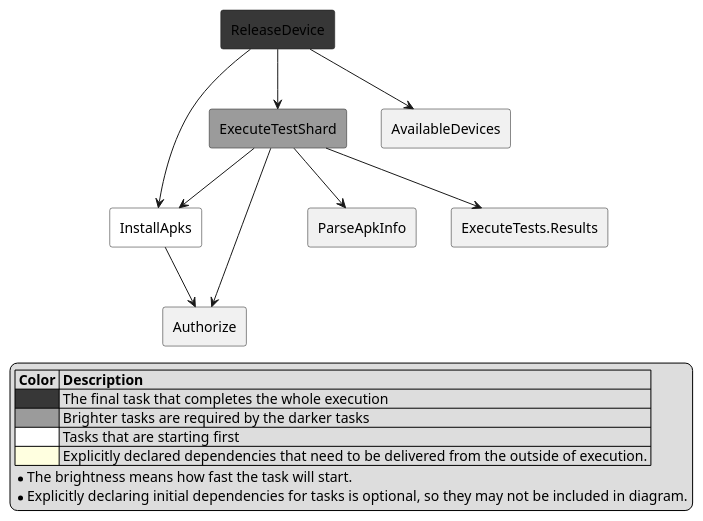
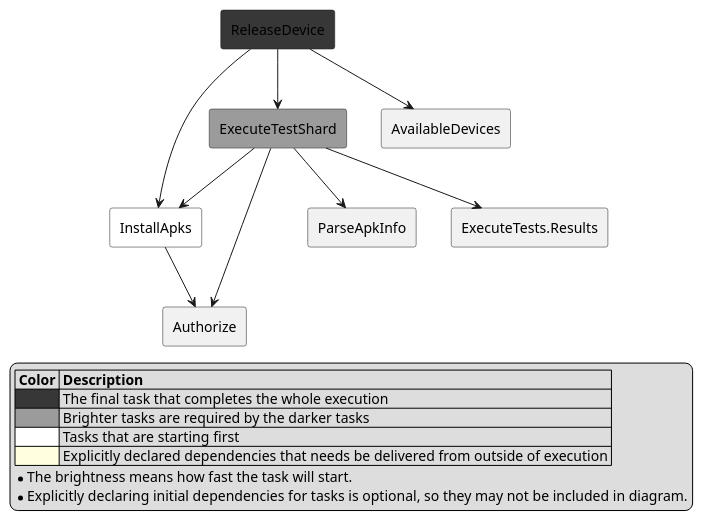
The diagram in corellium/domain/TestAndroid_Device-execute.puml (Flank/flank), drawn with PlantUML before and after one commit.

Commit message:
[Auto-commit] Added files fixed by Detekt

```diff
--- a/corellium/domain/TestAndroid_Device-execute.puml
+++ b/corellium/domain/TestAndroid_Device-execute.puml
@@ -1,28 +1,28 @@
 @startuml
 
 skinparam componentStyle rectangle
 
 legend left
   |= Color |= Description |
   |<#373737>| The final task that completes the whole execution |
   |<#9b9b9b>| Brighter tasks are required by the darker tasks |
   |<#ffffff>| Tasks that are starting first |
-  |<#LightYellow>| Explicitly declared dependencies that need to be delivered from the outside of execution. |
+  |<#LightYellow>| Explicitly declared dependencies that needs be delivered from outside of execution |
   * The brightness means how fast the task will start.
   * Explicitly declaring initial dependencies for tasks is optional, so they may not be included in diagram.
 end legend
 
 [InstallApks] #ffffff
 [ExecuteTestShard] #9b9b9b
 [ReleaseDevice] #373737
 
 [InstallApks] --> [Authorize]
 [ExecuteTestShard] --> [ParseApkInfo]
 [ExecuteTestShard] --> [Authorize]
 [ExecuteTestShard] --> [InstallApks]
 [ExecuteTestShard] --> [ExecuteTests.Results]
 [ReleaseDevice] --> [InstallApks]
 [ReleaseDevice] --> [ExecuteTestShard]
 [ReleaseDevice] --> [AvailableDevices]
 
 @enduml
```
